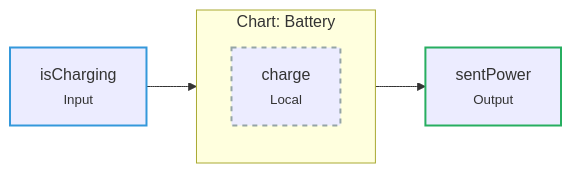
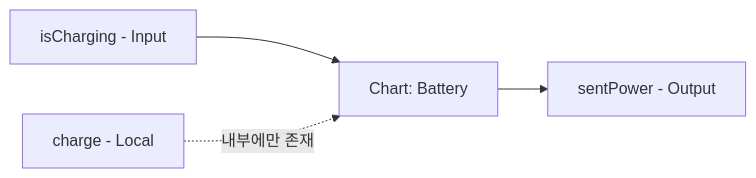
Before and after one commit to genie4youu/genie4youu.github.io: the third of 3 diagrams in _posts/2026-07-14-02-first-chart.md, drawn with Mermaid. The commit also changed other lines of this file and 13 other files, not shown here.

First line of the commit message:
﻿전면 손질: 제목 변경, AI 티 나는 표현 제거, 다이어그램 재작성

````diff
--- a/_posts/2026-07-14-02-first-chart.md
+++ b/_posts/2026-07-14-02-first-chart.md
@@ -150,13 +107,6 @@
 ```mermaid
 flowchart LR
-    IN["isCharging<br/><small>Input</small>"] --> CH
-    subgraph CH["Chart: Battery"]
-        direction TB
-        L["charge<br/><small>Local</small>"]
-    end
-    CH --> OUT["sentPower<br/><small>Output</small>"]
-
-    style IN stroke:#3498db,stroke-width:2px
-    style OUT stroke:#27ae60,stroke-width:2px
-    style L stroke:#95a5a6,stroke-width:2px,stroke-dasharray: 5 5
+    IN[isCharging - Input] --> CH[Chart: Battery]
+    CH --> OUT[sentPower - Output]
+    LOC[charge - Local] -.내부에만 존재.-> CH
 ```
````
